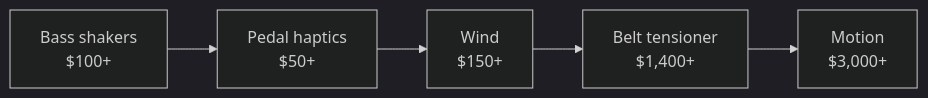
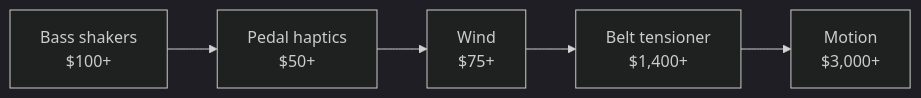
Before and after one commit to johnjp15/sim-racing-guide: the diagram in docs/components/immersion.md, drawn with Mermaid (dark theme). The commit also changed other lines of this file and 24 other files, not shown here.

````diff
--- a/docs/components/immersion.md
+++ b/docs/components/immersion.md
@@ -19,4 +19,4 @@
 ```mermaid
 flowchart LR
-    A[Bass shakers<br>$100+] --> B[Pedal haptics<br>$50+] --> C[Wind<br>$150+] --> D[Belt tensioner<br>$1,400+] --> E[Motion<br>$3,000+]
+    A[Bass shakers<br>$100+] --> B[Pedal haptics<br>$50+] --> C[Wind<br>$75+] --> D[Belt tensioner<br>$1,400+] --> E[Motion<br>$3,000+]
 ```
````
